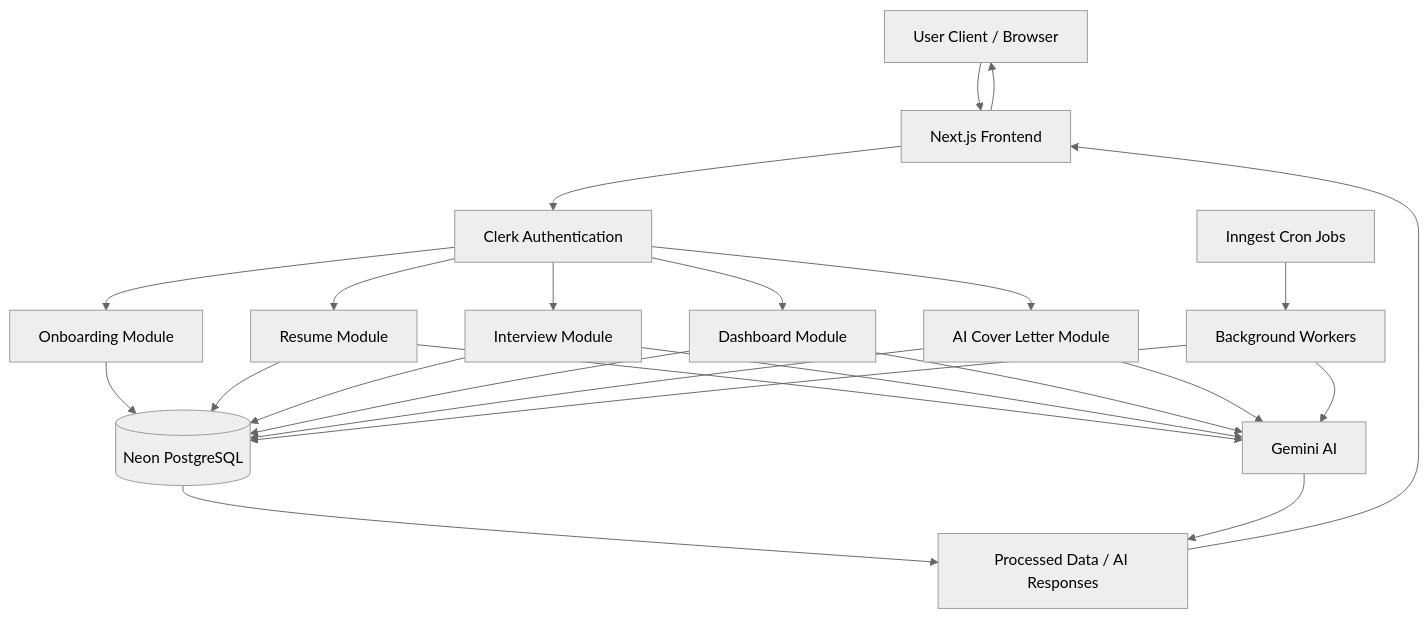
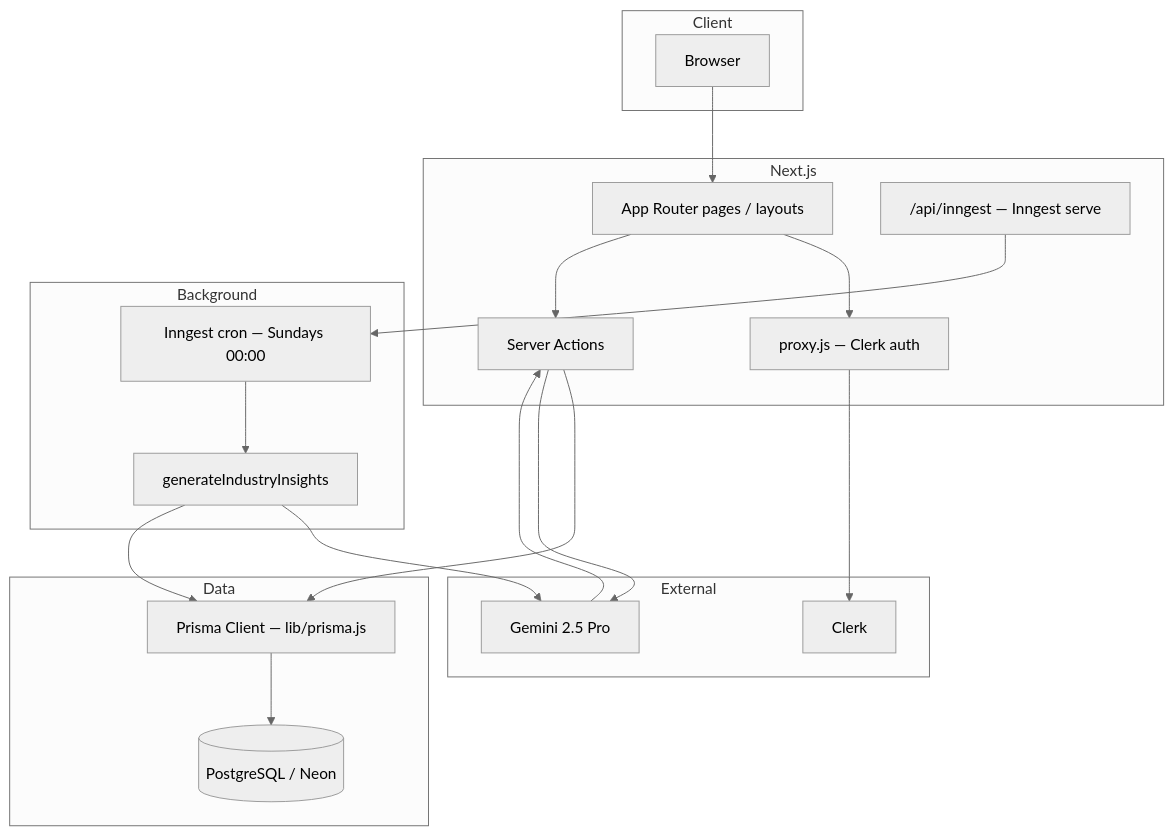
One commit to Ahad9044/coach changed the diagram in README.md. Above: the diagram before and after it, drawn with Mermaid (neutral theme). The commit also changed other lines of this file and 1 other file, not shown here.

````diff
--- a/README.md
+++ b/README.md
@@ -228,39 +54,41 @@
 ```mermaid
 flowchart TD
+    subgraph Client
+        A[Browser]
+    end
 
-    A[User Client / Browser]
-        --> B[Next.js Frontend]
+    subgraph Next.js
+        B[App Router pages / layouts]
+        C[Server Actions]
+        D[proxy.js — Clerk auth]
+        E["/api/inngest — Inngest serve"]
+    end
 
-    B --> C[Clerk Authentication]
+    subgraph External
+        F[Clerk]
+        G[Gemini 2.5 Pro]
+    end
 
-    C --> D[Onboarding Module]
-    C --> E[Resume Module]
-    C --> F[Interview Module]
-    C --> G[Dashboard Module]
-    C --> H[AI Cover Letter Module]
+    subgraph Data
+        H[(PostgreSQL / Neon)]
+        I[Prisma Client — lib/prisma.js]
+    end
 
-    D --> I[(Neon PostgreSQL)]
-    E --> I
-    F --> I
-    G --> I
-    H --> I
+    subgraph Background
+        J[Inngest cron — Sundays 00:00]
+        K[generateIndustryInsights]
+    end
 
-    E --> J[Gemini AI]
-    F --> J
-    G --> J
-    H --> J
-
-    K[Inngest Cron Jobs]
-        --> L[Background Workers]
-
-    L --> J
-    L --> I
-
-    I --> M[Processed Data / AI Responses]
-
-    J --> M
-
-    M --> B
-
-    B --> A
+    A --> B
+    B --> D
+    D --> F
+    B --> C
+    C --> I
+    I --> H
+    C --> G
+    G --> C
+    E --> J
+    J --> K
+    K --> G
+    K --> I
 ```
````
